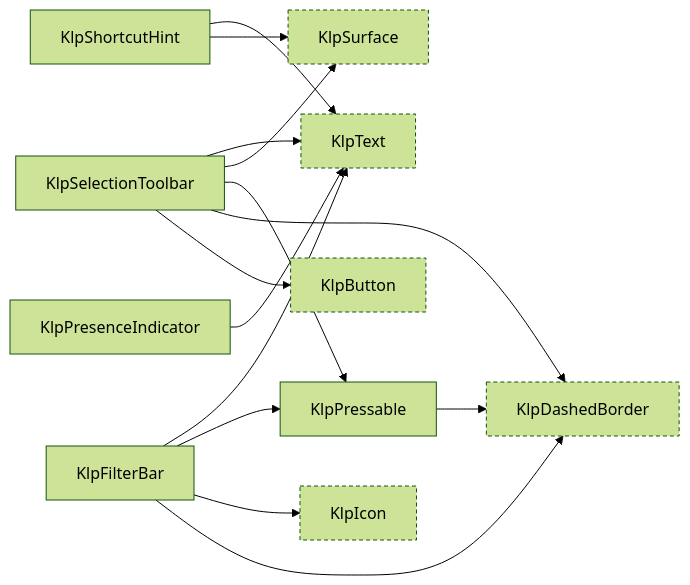
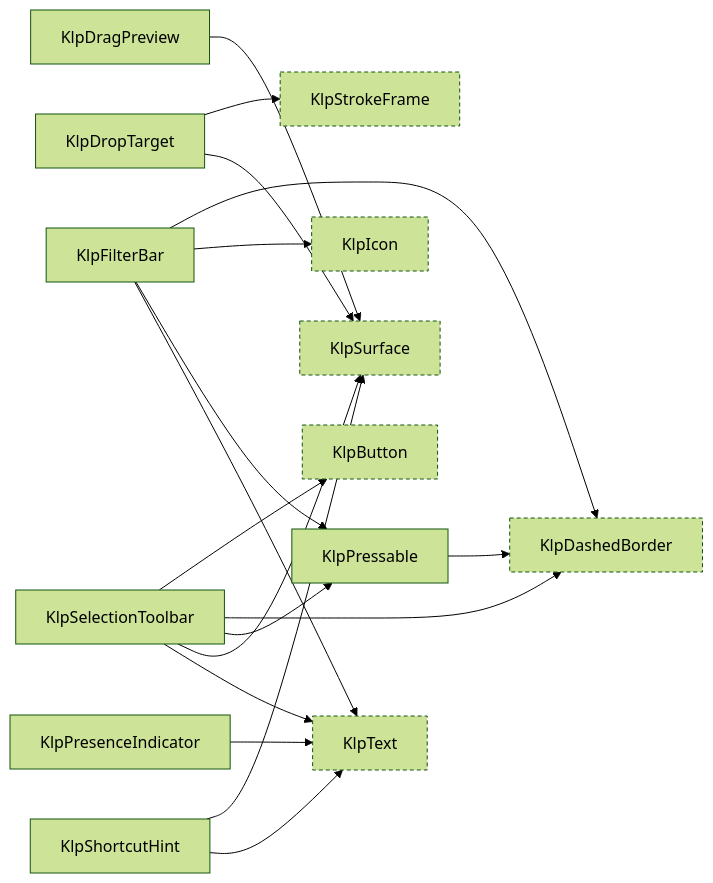
One commit to MiuDog/Kallopis changed the fifth of 16 diagrams in spec/component-inventory.md. Above: the diagram before and after it, drawn with Mermaid (forest theme). The commit also changed other lines of this file and 12 other files, not shown here.

````diff
--- a/spec/component-inventory.md
+++ b/spec/component-inventory.md
@@ -307,27 +256,33 @@
 ```mermaid
 graph LR
   KlpButton["KlpButton"]:::external
   KlpDashedBorder["KlpDashedBorder"]:::external
+  KlpDragPreview["KlpDragPreview"]
+  KlpDropTarget["KlpDropTarget"]
   KlpFilterBar["KlpFilterBar"]
   KlpIcon["KlpIcon"]:::external
   KlpPresenceIndicator["KlpPresenceIndicator"]
   KlpPressable["KlpPressable"]
   KlpSelectionToolbar["KlpSelectionToolbar"]
   KlpShortcutHint["KlpShortcutHint"]
+  KlpStrokeFrame["KlpStrokeFrame"]:::external
   KlpSurface["KlpSurface"]:::external
   KlpText["KlpText"]:::external
+  KlpDragPreview --> KlpSurface
+  KlpDropTarget --> KlpStrokeFrame
+  KlpDropTarget --> KlpSurface
   KlpFilterBar --> KlpDashedBorder
   KlpFilterBar --> KlpIcon
   KlpFilterBar --> KlpPressable
   KlpFilterBar --> KlpText
   KlpPresenceIndicator --> KlpText
   KlpPressable --> KlpDashedBorder
   KlpSelectionToolbar --> KlpButton
   KlpSelectionToolbar --> KlpDashedBorder
   KlpSelectionToolbar --> KlpPressable
   KlpSelectionToolbar --> KlpSurface
   KlpSelectionToolbar --> KlpText
   KlpShortcutHint --> KlpSurface
   KlpShortcutHint --> KlpText
   classDef external stroke-dasharray: 4 3;
 ```
````
